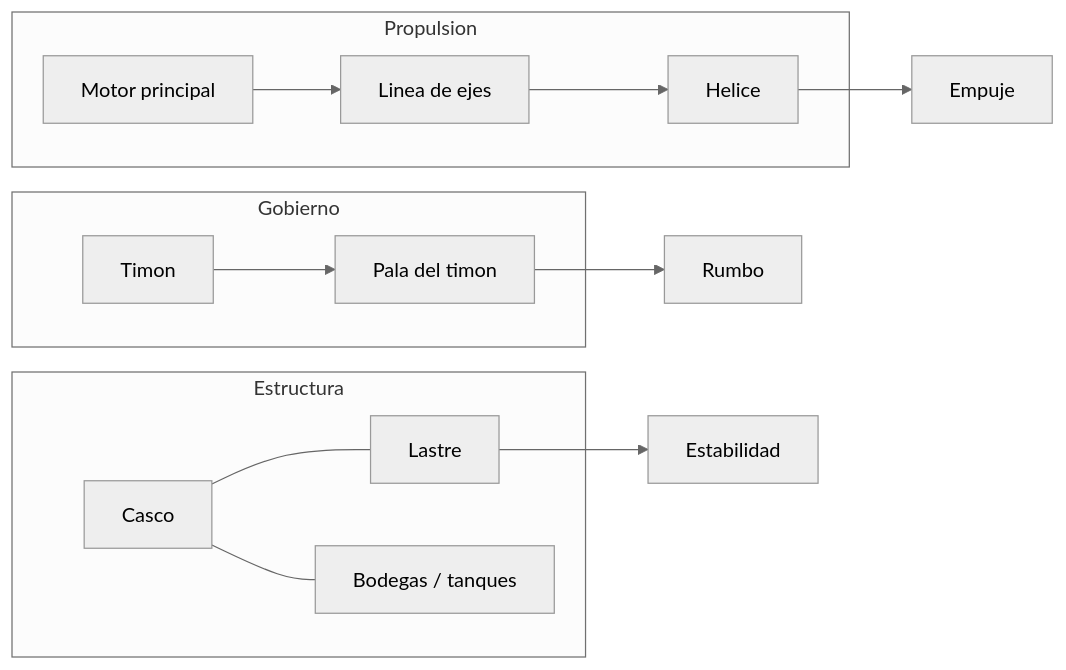
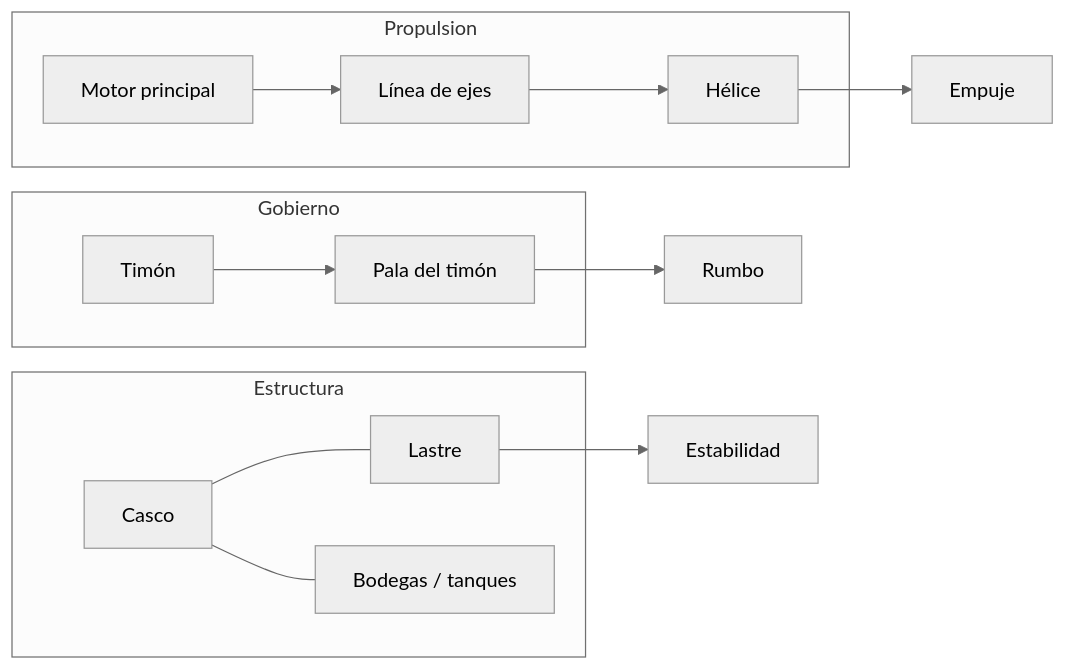
One commit to vladimiracunadev-create/machine-operator-program changed the first of 3 diagrams in vehiculos/barcos-mercantes/operacion/sistemas-mecanicos-barco-mercante.md. Above: the diagram before and after it, drawn with Mermaid (neutral theme). The commit also changed other lines of this file and 442 other files, not shown here.

````diff
--- a/vehiculos/barcos-mercantes/operacion/sistemas-mecanicos-barco-mercante.md
+++ b/vehiculos/barcos-mercantes/operacion/sistemas-mecanicos-barco-mercante.md
@@ -9,16 +9,16 @@
 ```mermaid
 flowchart LR
     subgraph Propulsion
-        M[Motor principal] --> Ej[Linea de ejes] --> H[Helice]
+        M[Motor principal] --> Ej[Línea de ejes] --> H[Hélice]
     end
     subgraph Gobierno
-        Ti[Timon] --> Pa[Pala del timon]
+        Ti[Timón] --> Pa[Pala del timón]
     end
     subgraph Estructura
         Ca[Casco] --- La[Lastre]
         Ca --- Bo[Bodegas / tanques]
     end
     H --> Empuje[Empuje]
     Pa --> Rumbo[Rumbo]
     La --> Estabilidad[Estabilidad]
 ```
````
